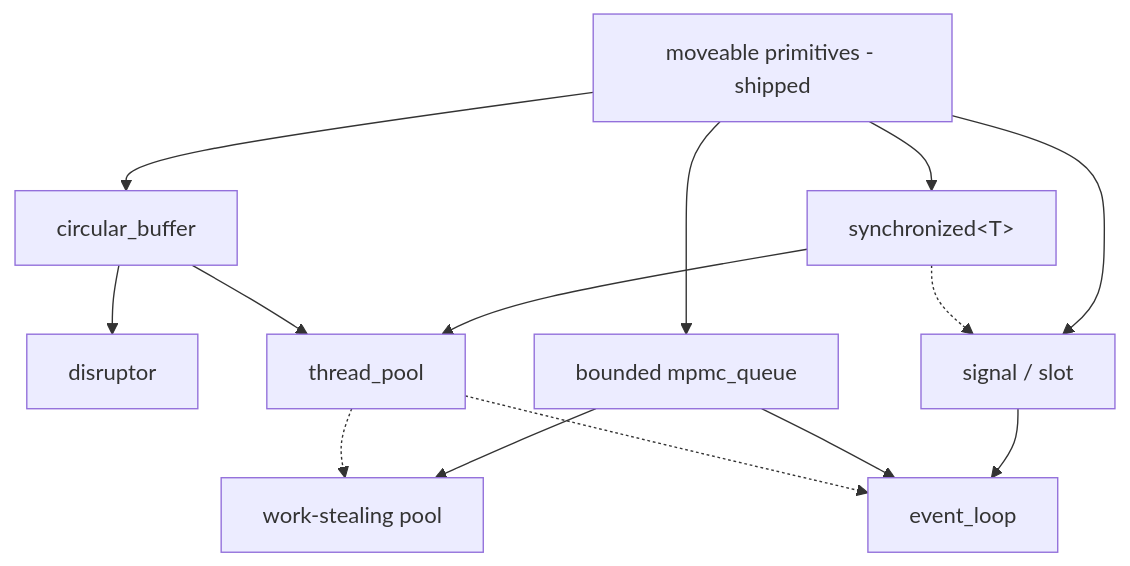
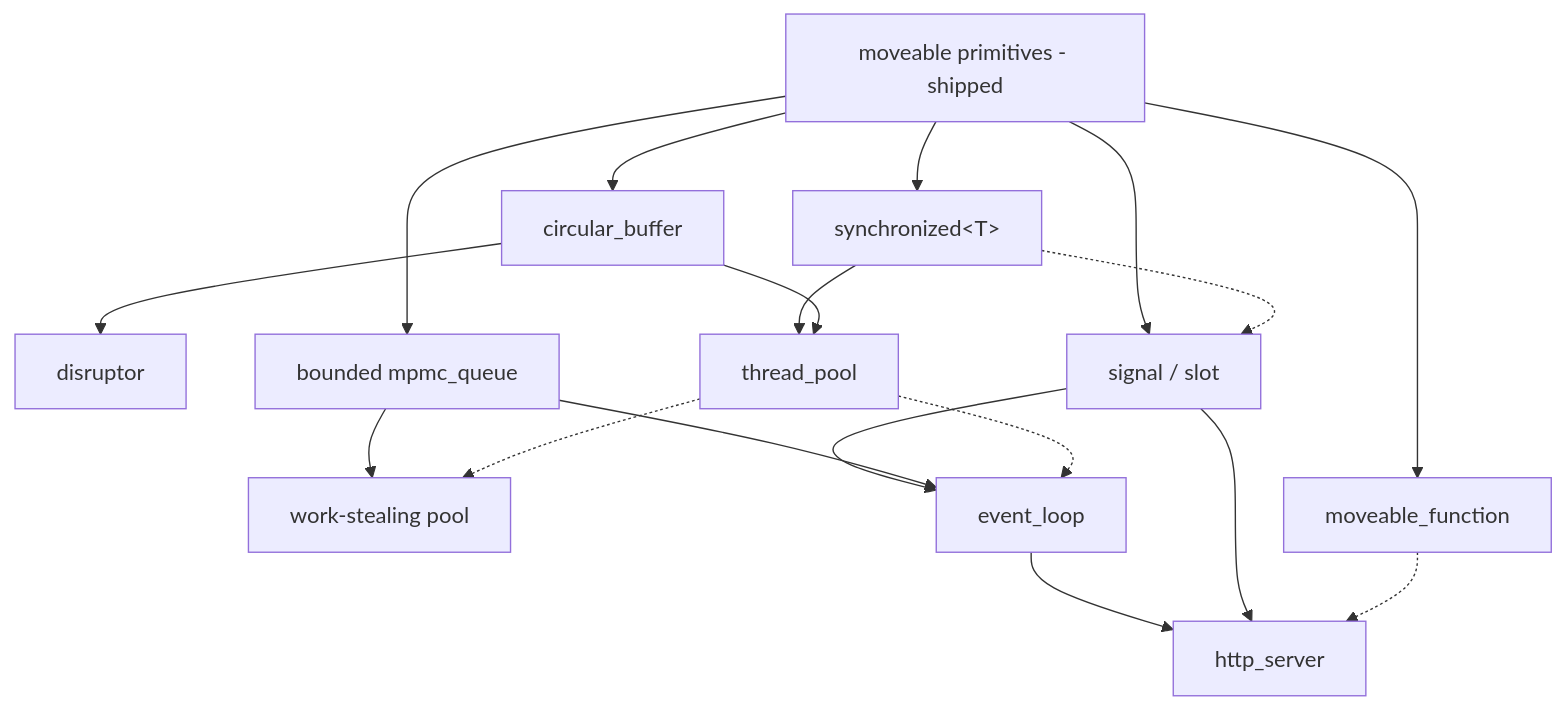
Before and after one commit to saxonnicholls/ts-moveables: the diagram in FUTURE_DIRECTIONS.md, drawn with Mermaid. The commit also changed other lines of this file and 5 other files, not shown here.

First line of the commit message:
README event_loop section, TimeMaster demo, FUTURE_DIRECTIONS §8: HTTP/S server on moveable delegates

````diff
--- a/FUTURE_DIRECTIONS.md
+++ b/FUTURE_DIRECTIONS.md
@@ -14,16 +14,20 @@
 ```mermaid
 graph TD
     P[moveable primitives - shipped] --> S[synchronized&lt;T&gt;]
     P --> R[circular_buffer]
     R --> D[disruptor]
     P --> G[signal / slot]
     S -.-> G
     S --> TP[thread_pool]
     R --> TP
     P --> Q[bounded mpmc_queue]
     Q --> WS[work-stealing pool]
     TP -.-> WS
     G --> EL[event_loop]
     Q --> EL
     TP -.-> EL
+    EL --> H[http_server]
+    G --> H
+    P --> MF[moveable_function]
+    MF -.-> H
 ```
````
